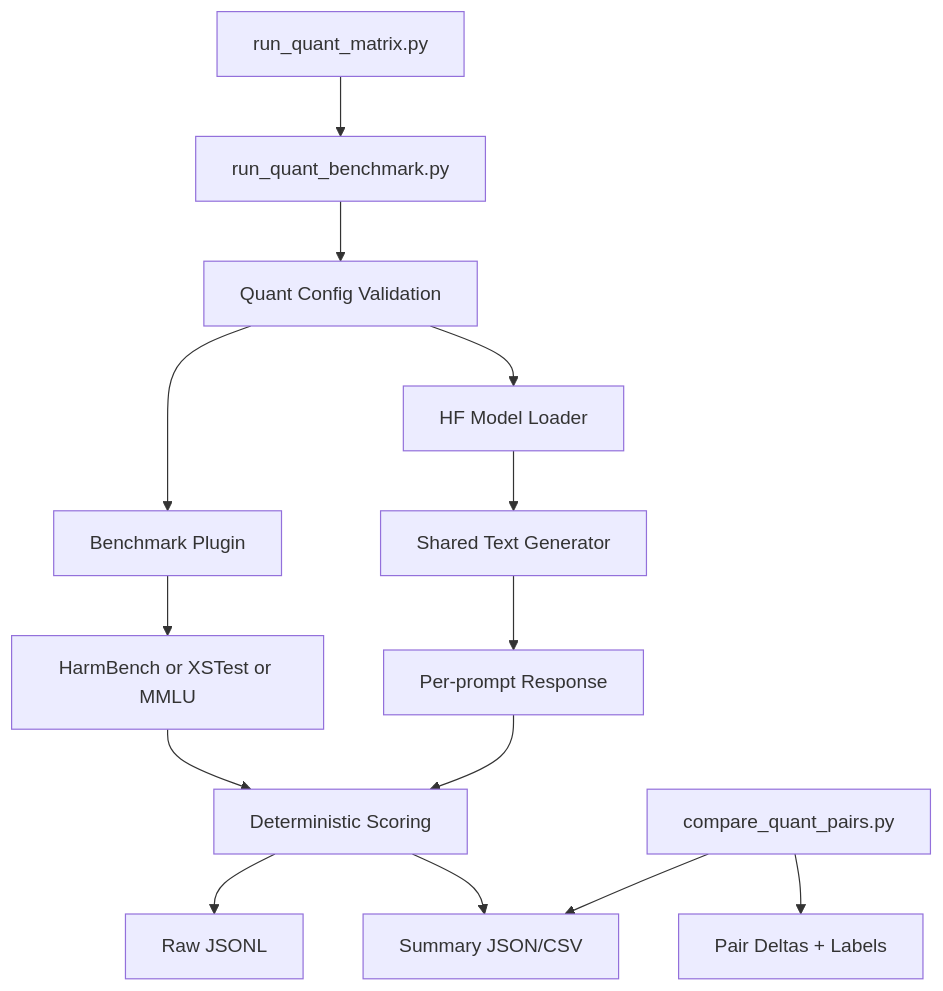
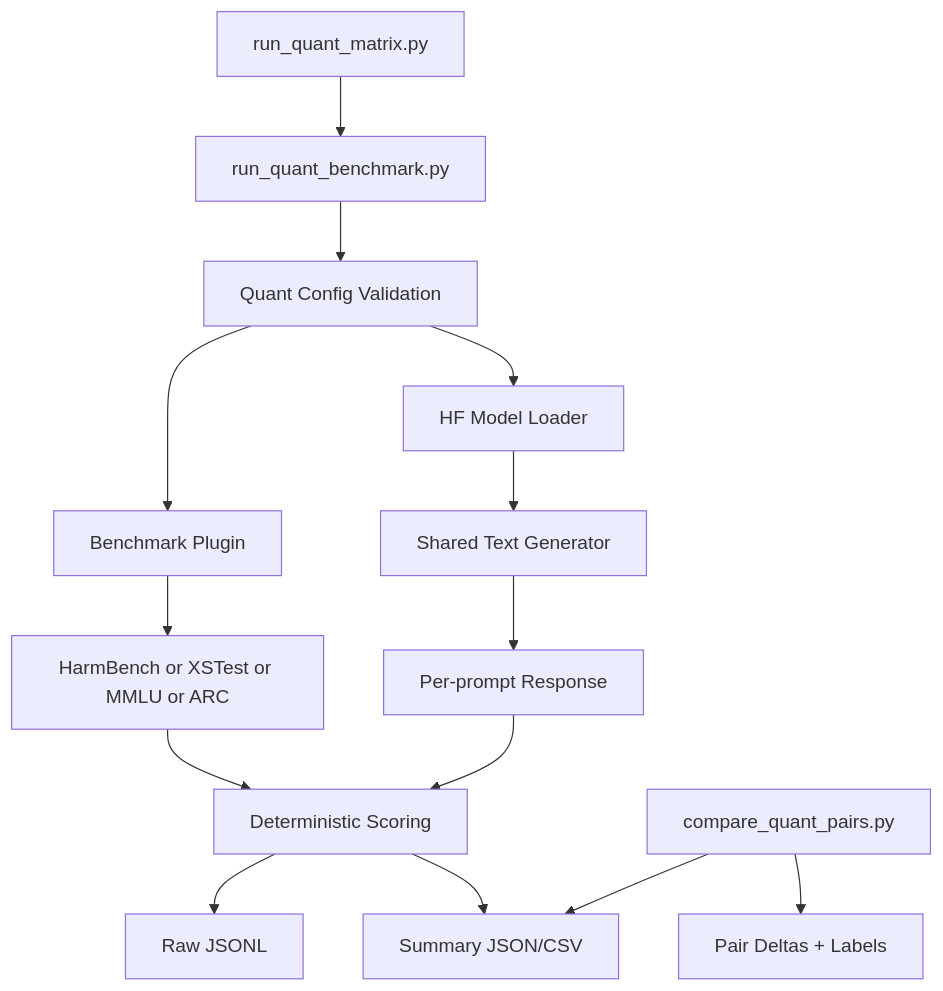
The diagram in README.md (tanueihorng/llm-ethics-benchmark), drawn with Mermaid before and after one commit. The commit also changed other lines of this file and 1 other file, not shown here.

Commit message:
docs: refresh README to current state (5 pairs/4 families, fp16→INT8→NF4, ARC, gpt-4o judge, §6.15, audit)

````diff
--- a/README.md
+++ b/README.md
@@ -47,16 +49,16 @@
 ```mermaid
 flowchart TD
     A[run_quant_benchmark.py] --> B[Quant Config Validation]
     B --> C[HF Model Loader]
     C --> D[Shared Text Generator]
     B --> E[Benchmark Plugin]
-    E --> F[HarmBench or XSTest or MMLU]
+    E --> F[HarmBench or XSTest or MMLU or ARC]
     D --> G[Per-prompt Response]
     F --> H[Deterministic Scoring]
     G --> H
     H --> I[Raw JSONL]
     H --> J[Summary JSON/CSV]
     K[run_quant_matrix.py] --> A
     L[compare_quant_pairs.py] --> J
     L --> M[Pair Deltas + Labels]
 ```
````
